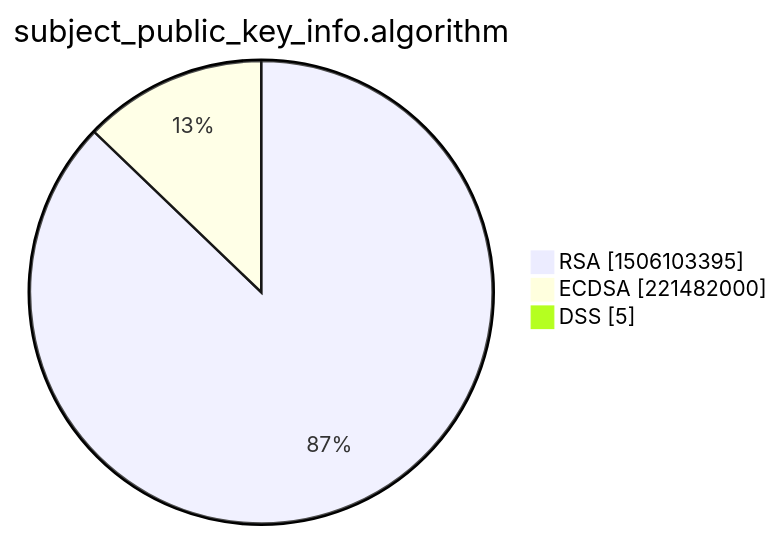
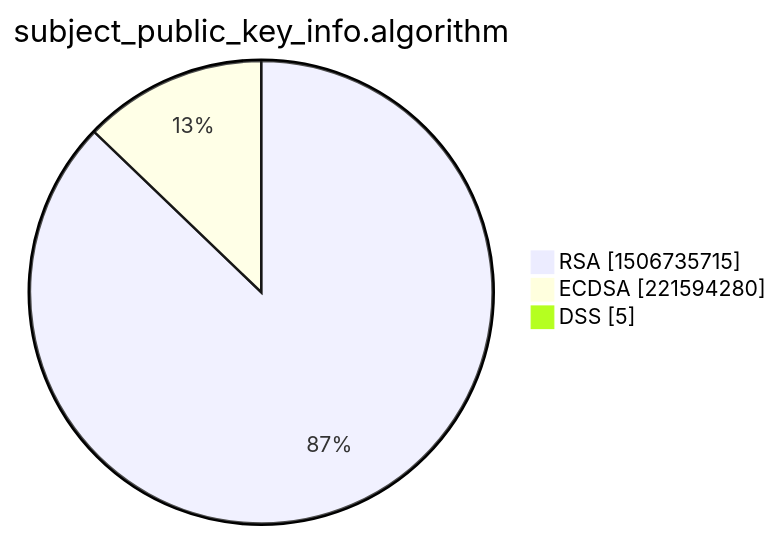
Before and after one commit to christiankrug/ctmonitor_visualization: the third of 15 diagrams in xenon2022/README.md, drawn with Mermaid. The commit also changed other lines of this file, not shown here.

````diff
--- a/xenon2022/README.md
+++ b/xenon2022/README.md
@@ -14,7 +14,7 @@
 ```mermaid
 pie showData
 title subject_public_key_info.algorithm
-"RSA" :1506103395
-"ECDSA" :221482000
+"RSA" :1506735715
+"ECDSA" :221594280
 "DSS" :5
 ```
````
